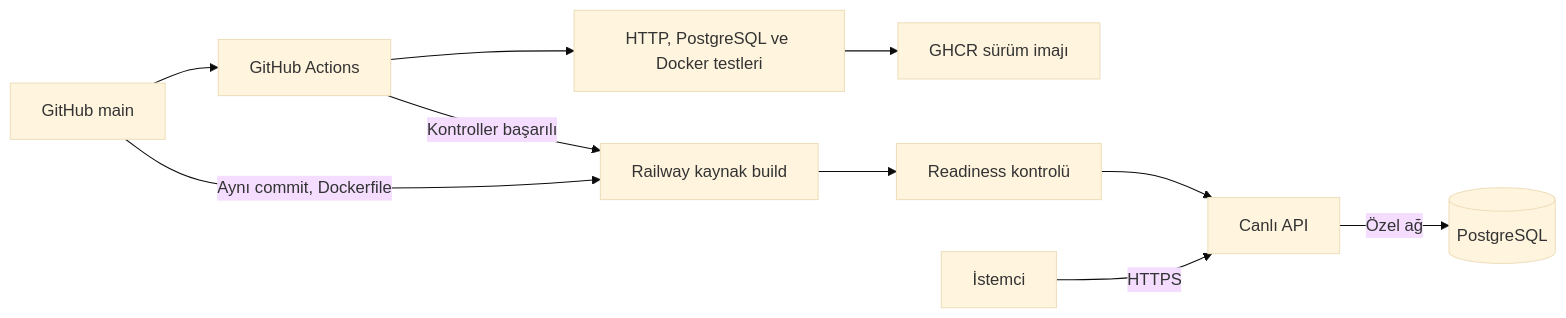
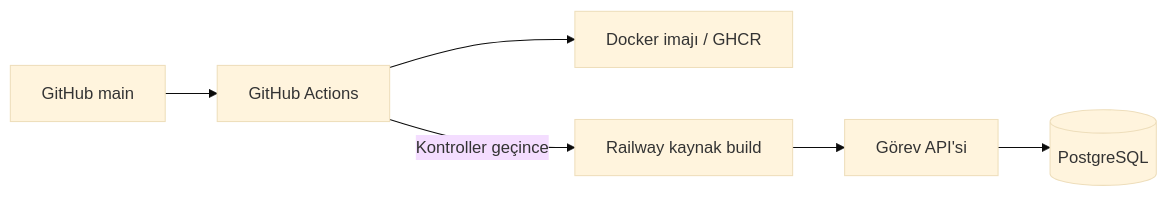
The diagram in README.md (asdakif/devops-lab), drawn with Mermaid (base theme) before and after one commit. The commit also changed other lines of this file and 2 other files, not shown here.

````diff
--- a/README.md
+++ b/README.md
@@ -31,12 +9,8 @@
 ```mermaid
 flowchart LR
-    Commit[GitHub main] --> CI[GitHub Actions]
-    CI --> Tests[HTTP, PostgreSQL ve Docker testleri]
-    Tests --> Package[GHCR sürüm imajı]
-    CI -->|Kontroller başarılı| Railway[Railway kaynak build]
-    Commit -->|Aynı commit, Dockerfile| Railway
-    Railway --> Ready[Readiness kontrolü]
-    Ready --> API[Canlı API]
-    Client[İstemci] -->|HTTPS| API
-    API -->|Özel ağ| DB[(PostgreSQL)]
+    GitHub[GitHub main] --> CI[GitHub Actions]
+    CI --> GHCR[Docker imajı / GHCR]
+    CI -->|Kontroller geçince| Railway[Railway kaynak build]
+    Railway --> API[Görev API'si]
+    API --> DB[(PostgreSQL)]
 ```
````
